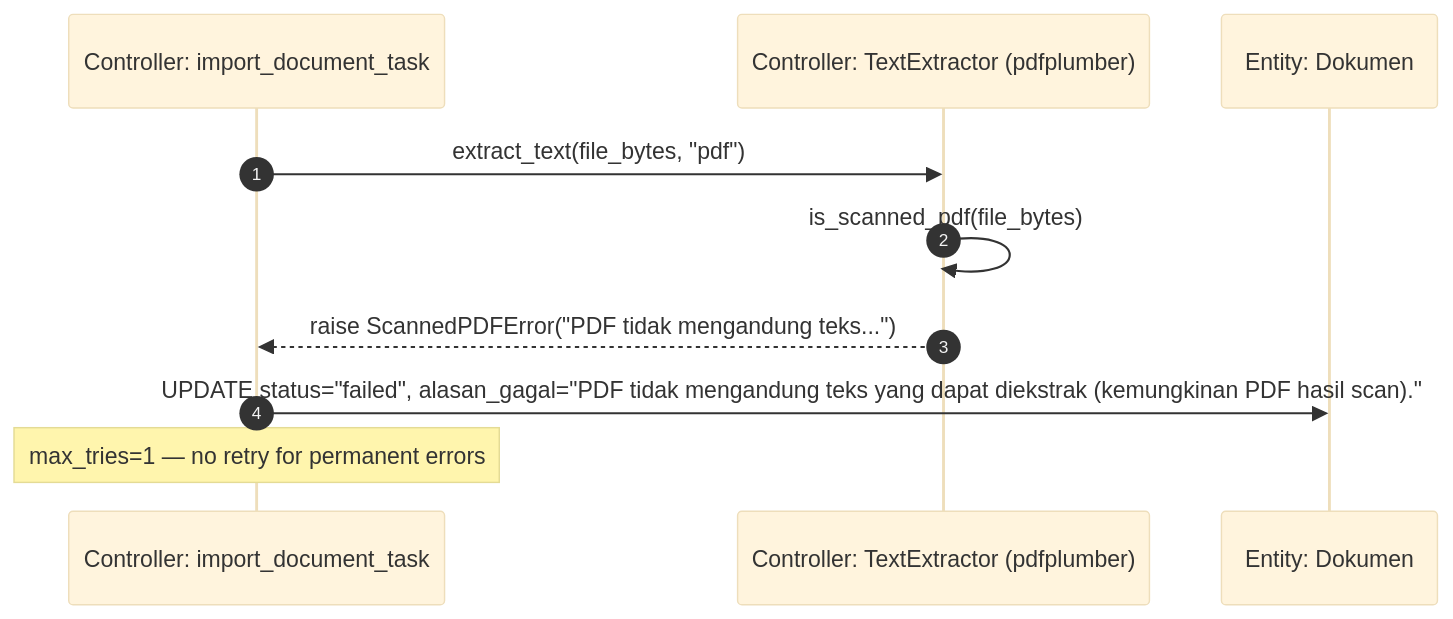
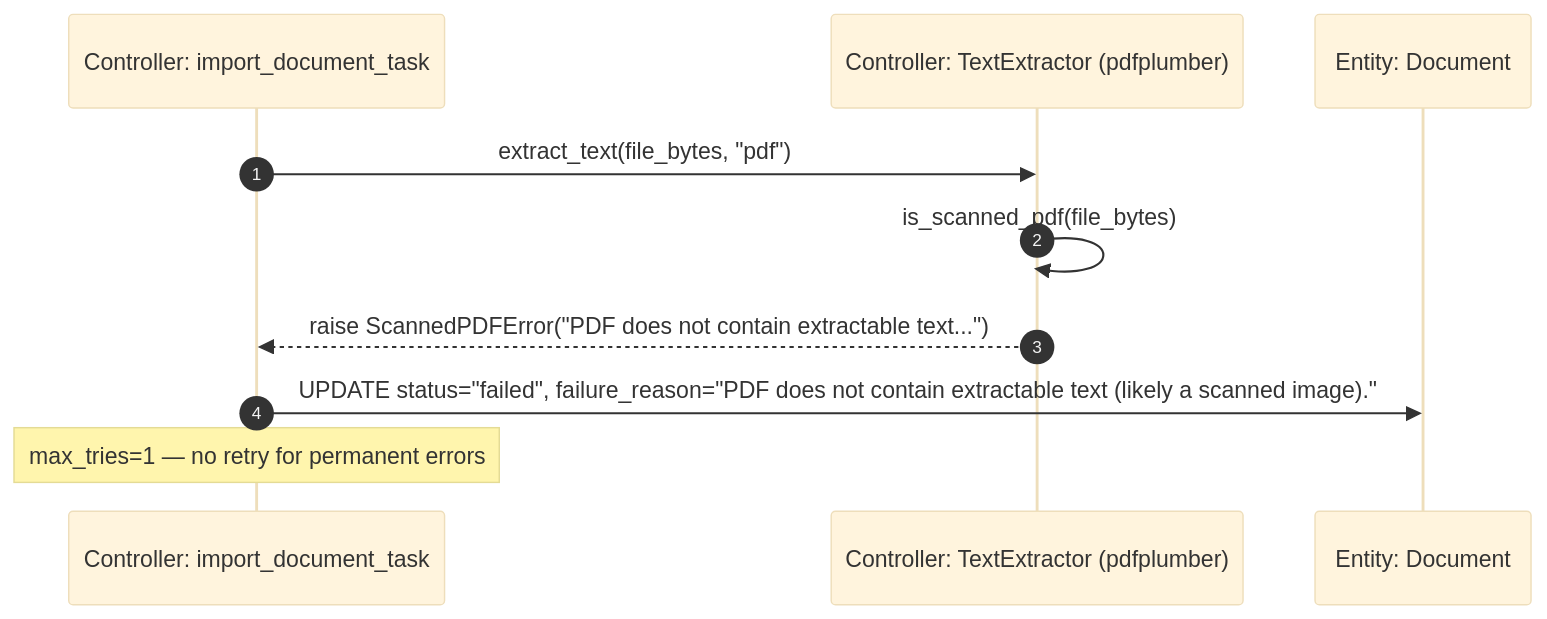
Before and after one commit to Gzaa19/Telaah: the fifth of 6 diagrams in specs/002-drive-document-import/plan.md, drawn with Mermaid (base theme). The commit also changed other lines of this file and 5 other files, not shown here.

First line of the commit message:
refactor(specs): standardize UC-02 database models, diagrams, and API contracts to English

````diff
--- a/specs/002-drive-document-import/plan.md
+++ b/specs/002-drive-document-import/plan.md
@@ -283,13 +283,13 @@
 ```mermaid
 sequenceDiagram
     autonumber
     participant Worker as Controller: import_document_task
     participant Extractor as Controller: TextExtractor (pdfplumber)
-    participant DocRepo as Entity: Dokumen
+    participant DocRepo as Entity: Document
 
     Worker->>Extractor: extract_text(file_bytes, "pdf")
     Extractor->>Extractor: is_scanned_pdf(file_bytes)
-    Extractor-->>Worker: raise ScannedPDFError("PDF tidak mengandung teks...")
-    Worker->>DocRepo: UPDATE status="failed", alasan_gagal="PDF tidak mengandung teks yang dapat diekstrak (kemungkinan PDF hasil scan)."
+    Extractor-->>Worker: raise ScannedPDFError("PDF does not contain extractable text...")
+    Worker->>DocRepo: UPDATE status="failed", failure_reason="PDF does not contain extractable text (likely a scanned image)."
     Note over Worker: max_tries=1 — no retry for permanent errors
 ```
````
